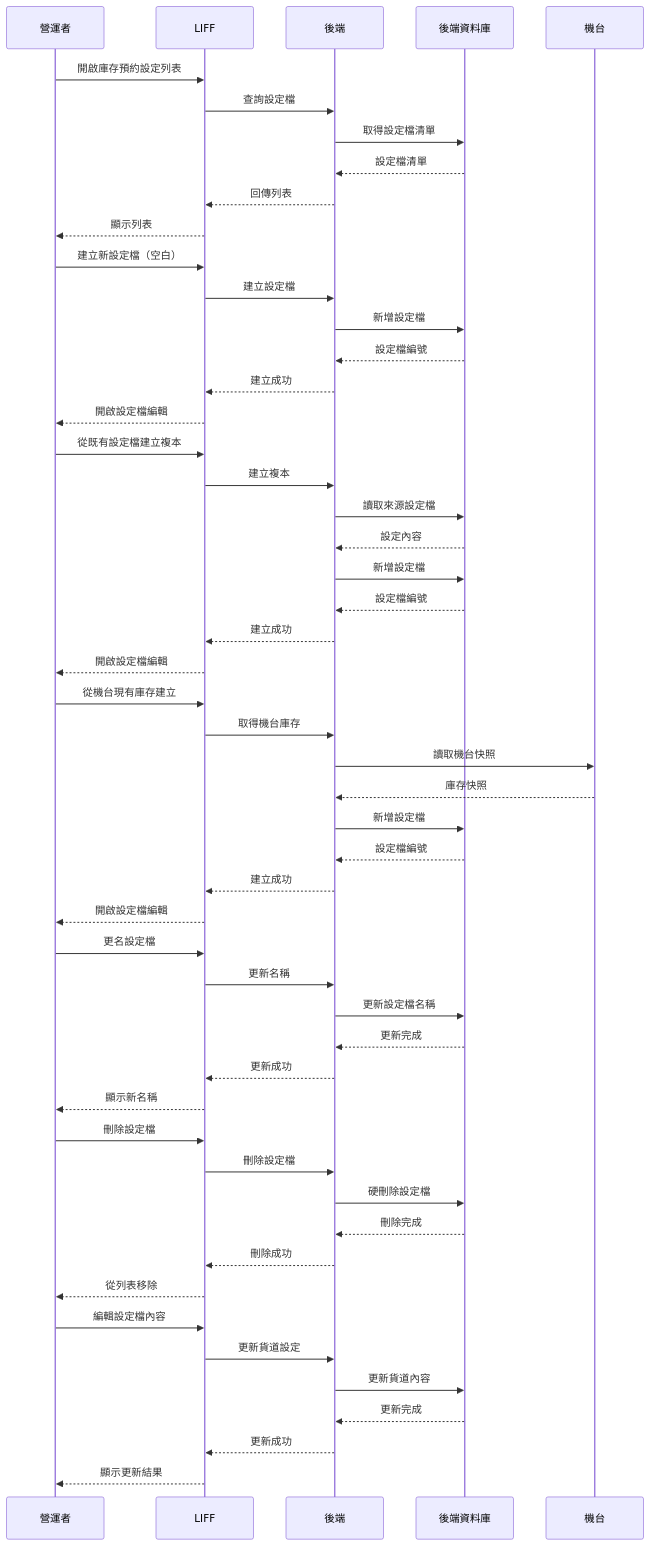
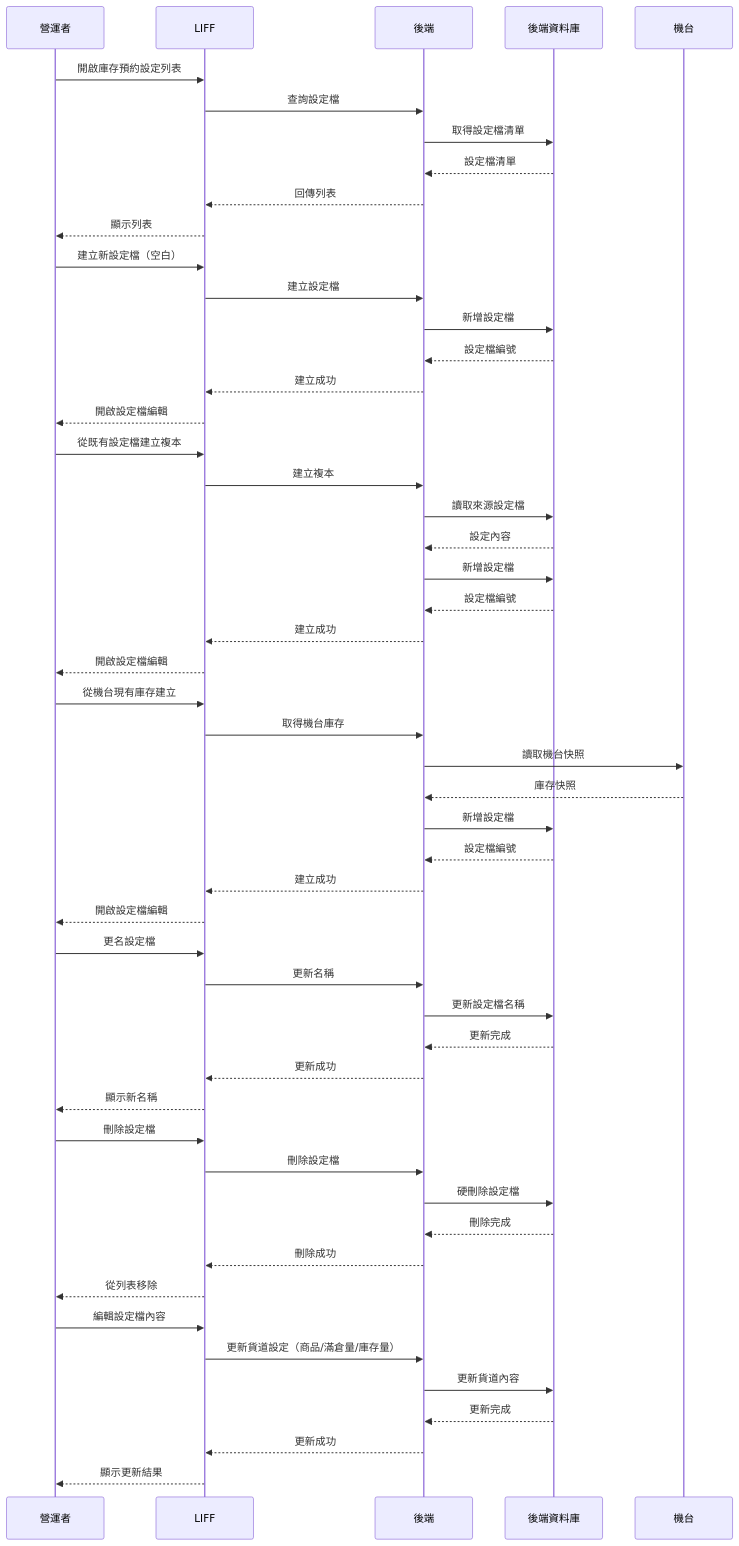
Before and after one commit to mozohu/zgovend: the diagram in docs/flows/operator-pre-replenish.mmd, drawn with Mermaid. The commit also changed 15 other files, not shown here.

```diff
--- a/docs/flows/operator-pre-replenish.mmd
+++ b/docs/flows/operator-pre-replenish.mmd
@@ -1,59 +1,59 @@
 sequenceDiagram
   participant O as 營運者
   participant L as LIFF
   participant B as 後端
   participant D as 後端資料庫
   participant M as 機台
 
   O->>L: 開啟庫存預約設定列表
   L->>B: 查詢設定檔
   B->>D: 取得設定檔清單
   D-->>B: 設定檔清單
   B-->>L: 回傳列表
   L-->>O: 顯示列表
 
   O->>L: 建立新設定檔（空白）
   L->>B: 建立設定檔
   B->>D: 新增設定檔
   D-->>B: 設定檔編號
   B-->>L: 建立成功
   L-->>O: 開啟設定檔編輯
 
   O->>L: 從既有設定檔建立複本
   L->>B: 建立複本
   B->>D: 讀取來源設定檔
   D-->>B: 設定內容
   B->>D: 新增設定檔
   D-->>B: 設定檔編號
   B-->>L: 建立成功
   L-->>O: 開啟設定檔編輯
 
   O->>L: 從機台現有庫存建立
   L->>B: 取得機台庫存
   B->>M: 讀取機台快照
   M-->>B: 庫存快照
   B->>D: 新增設定檔
   D-->>B: 設定檔編號
   B-->>L: 建立成功
   L-->>O: 開啟設定檔編輯
 
   O->>L: 更名設定檔
   L->>B: 更新名稱
   B->>D: 更新設定檔名稱
   D-->>B: 更新完成
   B-->>L: 更新成功
   L-->>O: 顯示新名稱
 
   O->>L: 刪除設定檔
   L->>B: 刪除設定檔
   B->>D: 硬刪除設定檔
   D-->>B: 刪除完成
   B-->>L: 刪除成功
   L-->>O: 從列表移除
 
   O->>L: 編輯設定檔內容
-  L->>B: 更新貨道設定
+  L->>B: 更新貨道設定（商品/滿倉量/庫存量）
   B->>D: 更新貨道內容
   D-->>B: 更新完成
   B-->>L: 更新成功
   L-->>O: 顯示更新結果
```
